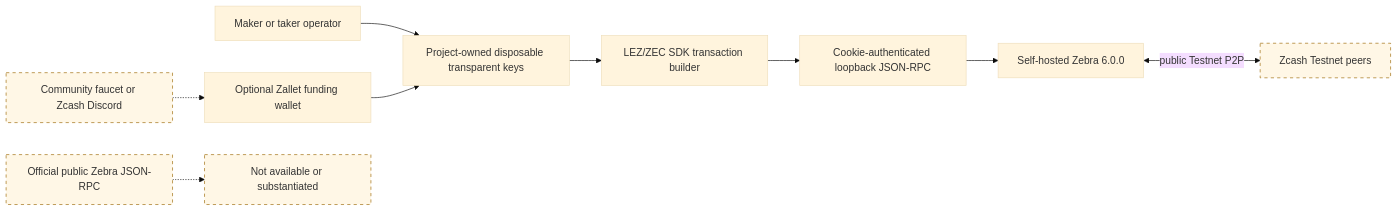
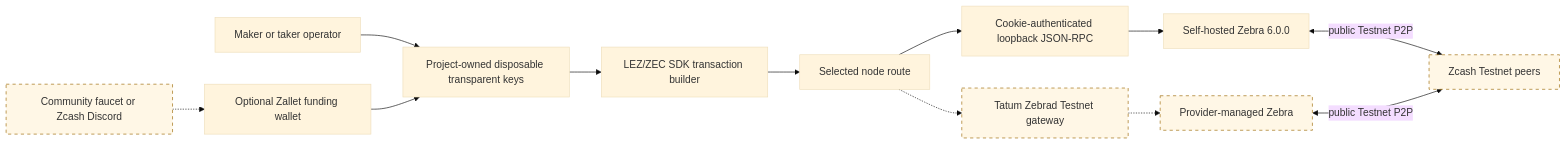
The diagram in docs/zcash-testnet-setup.md (gateway-fm/lez-atomic-swaps), drawn with Mermaid (base theme) before and after one commit. The commit also changed other lines of this file and 5 other files, not shown here.

Commit message:
docs: select public Zcash Zebrad route

````diff
--- a/docs/zcash-testnet-setup.md
+++ b/docs/zcash-testnet-setup.md
@@ -12,14 +14,17 @@
 ```mermaid
 flowchart LR
     Operator["Maker or taker operator"] --> Keys["Project-owned disposable transparent keys"]
     Keys --> SDK["LEZ/ZEC SDK transaction builder"]
-    SDK --> RPC["Cookie-authenticated loopback JSON-RPC"]
+    SDK --> Route["Selected node route"]
+    Route --> RPC["Cookie-authenticated loopback JSON-RPC"]
     RPC --> Zebra["Self-hosted Zebra 6.0.0"]
     Zebra <-->|"public Testnet P2P"| Peers["Zcash Testnet peers"]
+    Route -.-> Tatum["Tatum Zebrad Testnet gateway"]
+    Tatum -.-> Managed["Provider-managed Zebra"]
+    Managed <-->|"public Testnet P2P"| Peers
     Faucet["Community faucet or Zcash Discord"] -.-> Funding["Optional Zallet funding wallet"]
     Funding --> Keys
-    Public["Official public Zebra JSON-RPC"] -.-> Missing["Not available or substantiated"]
 
     classDef external stroke-dasharray: 5 5,fill:#fff7e6,stroke:#9a6700;
-    class Peers,Faucet,Public,Missing external;
+    class Peers,Faucet,Tatum,Managed external;
 ```
````
